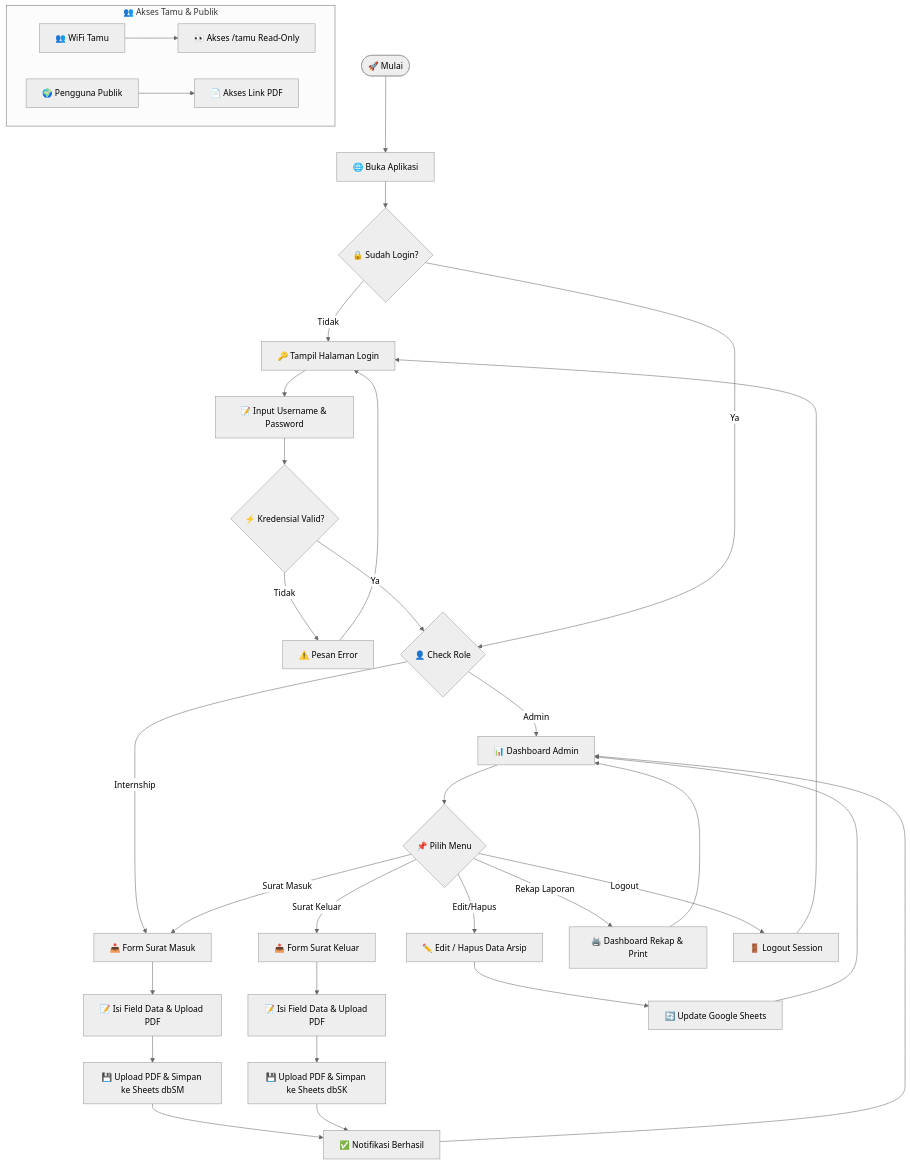
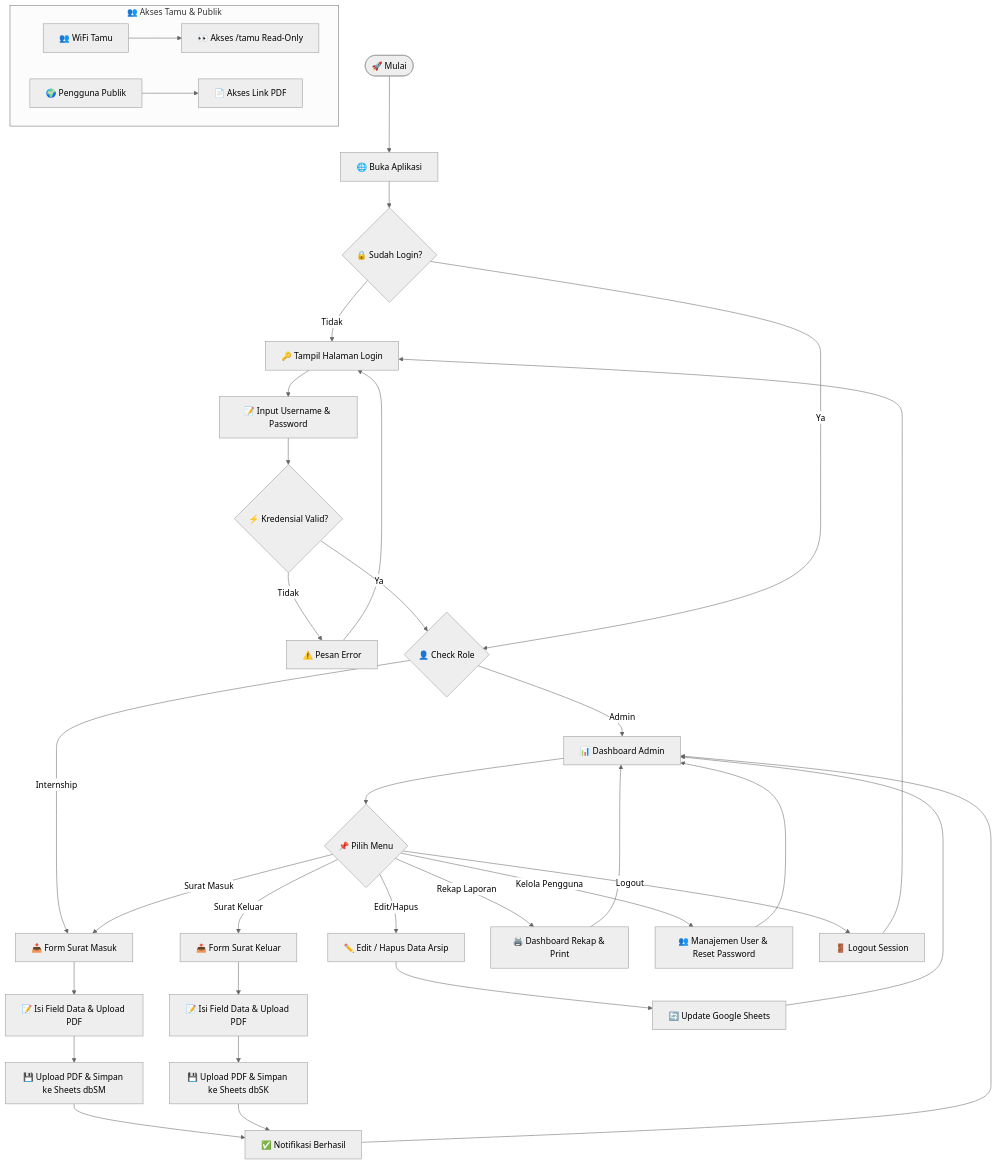
One commit to Rpl087/PROJECT-MAGANG changed the second of 3 diagrams in README.md. Above: the diagram before and after it, drawn with Mermaid (neutral theme). The commit also changed other lines of this file, not shown here.

````diff
--- a/README.md
+++ b/README.md
@@ -112,41 +189,44 @@
 ```mermaid
 flowchart TD
     Start(["🚀 Mulai"]) --> OpenApp["🌐 Buka Aplikasi"]
     OpenApp --> CheckAuth{"🔒 Sudah Login?"}
 
     CheckAuth -- Tidak --> LoginPage["🔑 Tampil Halaman Login"]
     LoginPage --> InputCred["📝 Input Username & Password"]
     InputCred --> ValidateCred{"⚡ Kredensial Valid?"}
     ValidateCred -- Tidak --> ErrMsg["⚠️ Pesan Error"] --> LoginPage
     ValidateCred -- Ya --> CheckRole{"👤 Check Role"}
 
     CheckAuth -- Ya --> CheckRole
 
     CheckRole -- Admin --> Dashboard["📊 Dashboard Admin"]
     CheckRole -- Internship --> SuratMasukPage["📥 Form Surat Masuk"]
 
     Dashboard --> MenuOpt{"📌 Pilih Menu"}
 
     MenuOpt -- Surat Masuk --> SuratMasukPage
     SuratMasukPage --> FormSM["📝 Isi Field Data & Upload PDF"]
     FormSM --> SaveSM["💾 Upload PDF & Simpan ke Sheets dbSM"]
     SaveSM --> SuccessNotif["✅ Notifikasi Berhasil"] --> Dashboard
 
     MenuOpt -- Surat Keluar --> SuratKeluarPage["📤 Form Surat Keluar"]
     SuratKeluarPage --> FormSK["📝 Isi Field Data & Upload PDF"]
     FormSK --> SaveSK["💾 Upload PDF & Simpan ke Sheets dbSK"]
     SaveSK --> SuccessNotif
 
     MenuOpt -- Edit/Hapus --> ManageData["✏️ Edit / Hapus Data Arsip"]
     ManageData --> UpdateSheets["🔄 Update Google Sheets"] --> Dashboard
 
     MenuOpt -- Rekap Laporan --> ReportPage["🖨️ Dashboard Rekap & Print"]
     ReportPage --> Dashboard
 
+    MenuOpt -- Kelola Pengguna --> UserMgmt["👥 Manajemen User & Reset Password"]
+    UserMgmt --> Dashboard
+
     MenuOpt -- Logout --> LogoutSession["🚪 Logout Session"] --> LoginPage
 
     subgraph GuestFlow ["👥 Akses Tamu & Publik"]
         GuestUser["👥 WiFi Tamu"] --> GuestPage["👀 Akses /tamu Read-Only"]
         PublicUser["🌍 Pengguna Publik"] --> ViewPDF["📄 Akses Link PDF"]
     end
 ```
````
